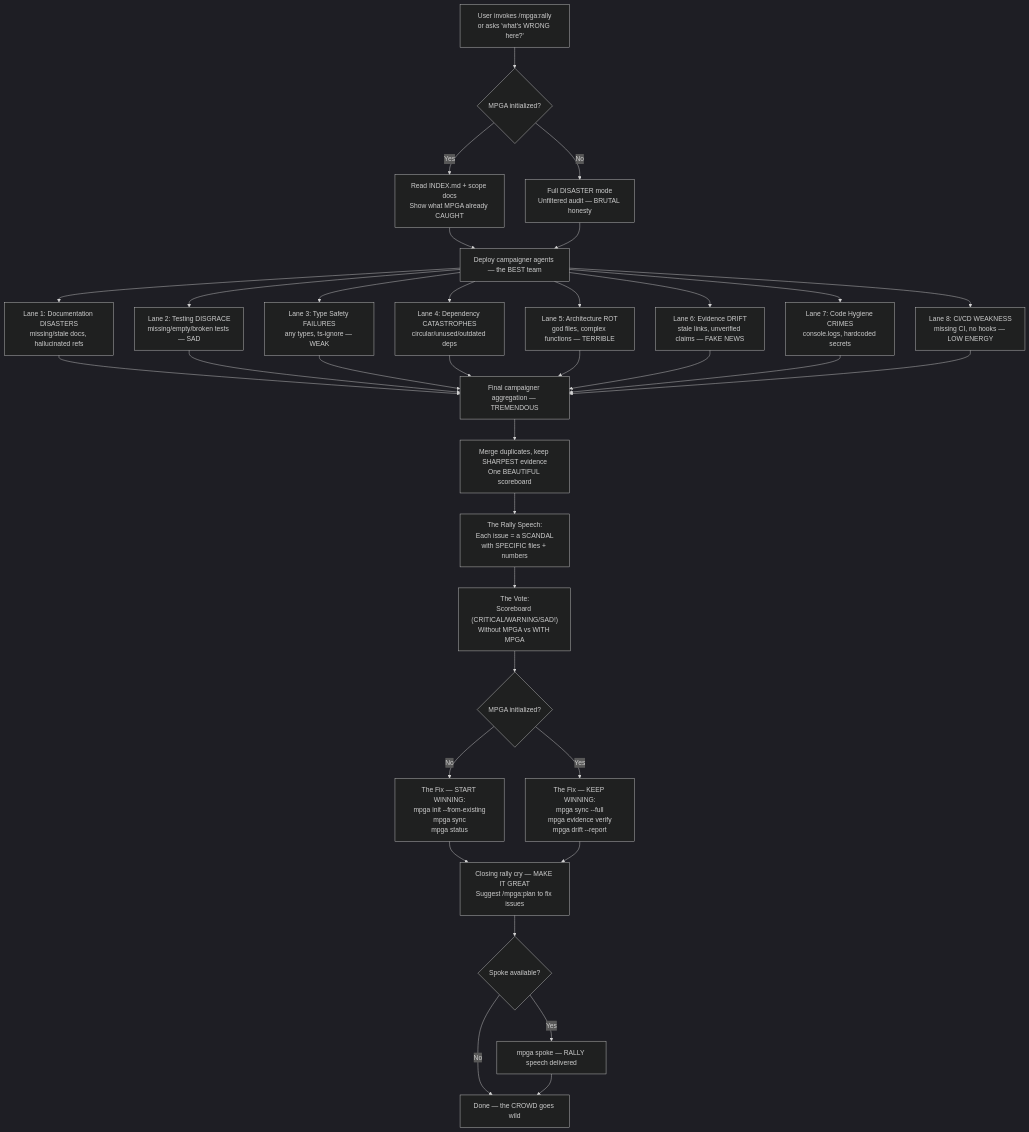
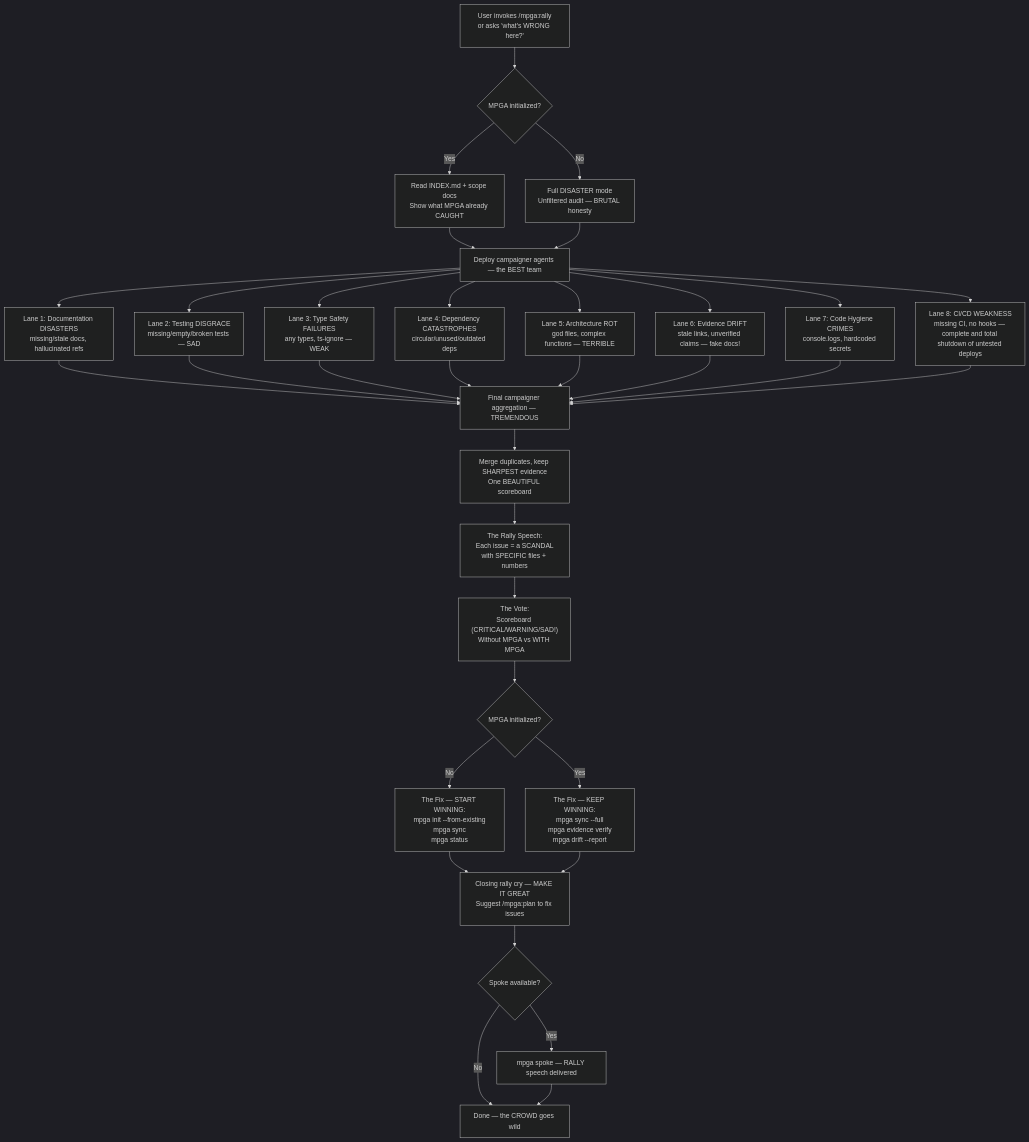
The diagram in docs/diagrams/skills/rally.md (benrben/MPGA), drawn with Mermaid (dark theme) before and after one commit. The commit also changed other lines of this file and 80 other files, not shown here.

````diff
--- a/docs/diagrams/skills/rally.md
+++ b/docs/diagrams/skills/rally.md
@@ -5,43 +5,43 @@
 ```mermaid
 flowchart TD
     A["User invokes /mpga:rally\nor asks 'what's WRONG here?'"] --> B{MPGA initialized?}
     B -->|Yes| C[Read INDEX.md + scope docs\nShow what MPGA already CAUGHT]
     B -->|No| D[Full DISASTER mode\nUnfiltered audit — BRUTAL honesty]
 
     C --> E[Deploy campaigner agents — the BEST team]
     D --> E
 
     E --> F["Lane 1: Documentation DISASTERS\nmissing/stale docs, hallucinated refs"]
     E --> G["Lane 2: Testing DISGRACE\nmissing/empty/broken tests — SAD"]
     E --> H["Lane 3: Type Safety FAILURES\nany types, ts-ignore — WEAK"]
     E --> I["Lane 4: Dependency CATASTROPHES\ncircular/unused/outdated deps"]
     E --> J["Lane 5: Architecture ROT\ngod files, complex functions — TERRIBLE"]
-    E --> K["Lane 6: Evidence DRIFT\nstale links, unverified claims — FAKE NEWS"]
+    E --> K["Lane 6: Evidence DRIFT\nstale links, unverified claims — fake docs!"]
     E --> L["Lane 7: Code Hygiene CRIMES\nconsole.logs, hardcoded secrets"]
-    E --> M["Lane 8: CI/CD WEAKNESS\nmissing CI, no hooks — LOW ENERGY"]
+    E --> M["Lane 8: CI/CD WEAKNESS\nmissing CI, no hooks — complete and total shutdown of untested deploys"]
 
     F --> N[Final campaigner aggregation — TREMENDOUS]
     G --> N
     H --> N
     I --> N
     J --> N
     K --> N
     L --> N
     M --> N
 
     N --> O["Merge duplicates, keep SHARPEST evidence\nOne BEAUTIFUL scoreboard"]
 
     O --> P["The Rally Speech:\nEach issue = a SCANDAL\nwith SPECIFIC files + numbers"]
     P --> Q["The Vote:\nScoreboard (CRITICAL/WARNING/SAD!)\nWithout MPGA vs WITH MPGA"]
 
     Q --> R{MPGA initialized?}
     R -->|No| S["The Fix — START WINNING:\nmpga init --from-existing\nmpga sync\nmpga status"]
     R -->|Yes| T["The Fix — KEEP WINNING:\nmpga sync --full\nmpga evidence verify\nmpga drift --report"]
 
     S --> U[Closing rally cry — MAKE IT GREAT\nSuggest /mpga:plan to fix issues]
     T --> U
     U --> V{Spoke available?}
     V -->|Yes| W[mpga spoke — RALLY speech delivered]
     V -->|No| X[Done — the CROWD goes wild]
     W --> X
 ```
````
